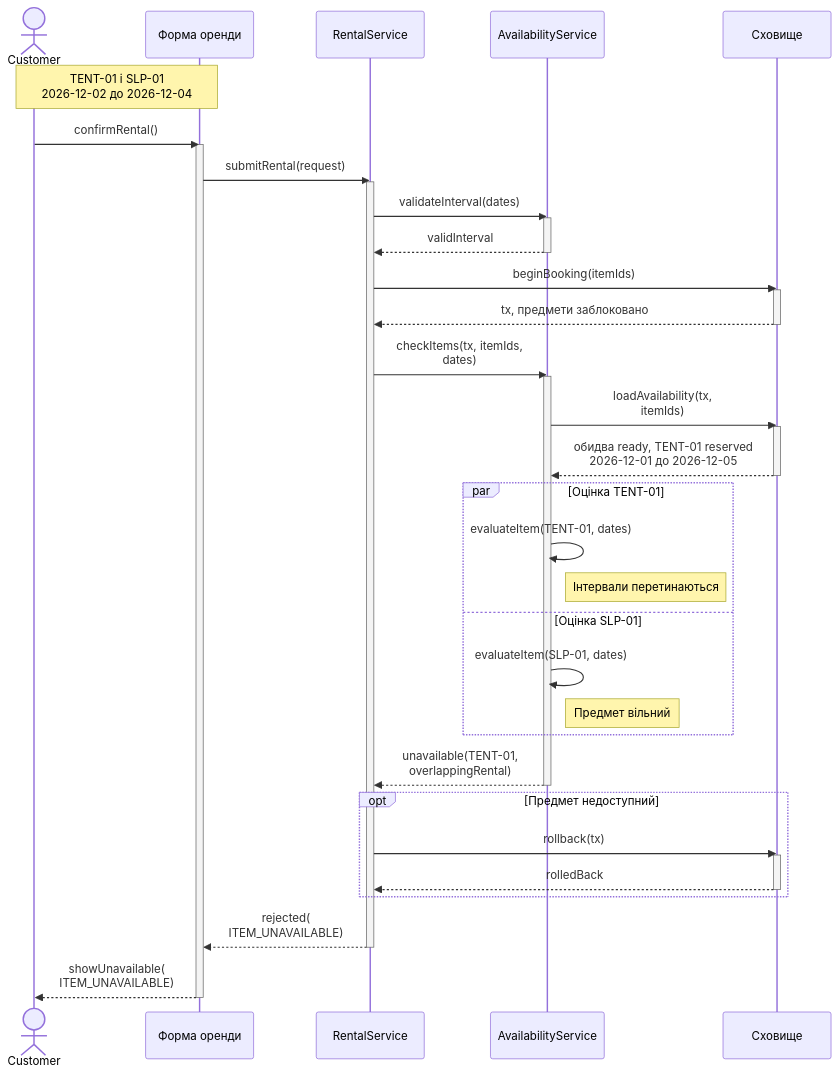
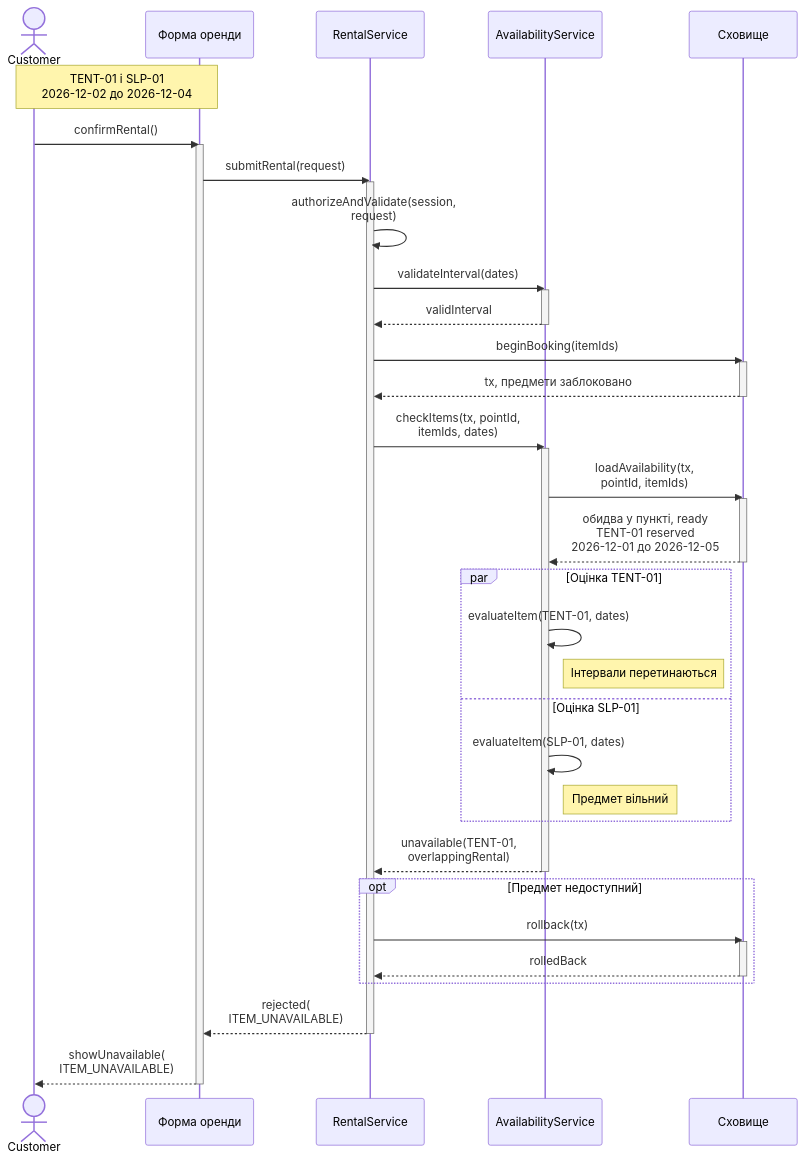
Before and after one commit to kirgafan/KPI_labs: the sixth of 6 diagrams in Labs/lab-3/model.md, drawn with Mermaid. The commit also changed other lines of this file and 3 other files, not shown here.

First line of the commit message:
fix(lab-3): validate booking ownership, items and agreed rates

````diff
--- a/Labs/lab-3/model.md
+++ b/Labs/lab-3/model.md
@@ -240,46 +273,47 @@
 ```mermaid
 sequenceDiagram
     actor C as Customer
     participant U as Форма оренди
     participant R as RentalService
     participant A as AvailabilityService
     participant S as Сховище
     Note over C,U: TENT-01 і SLP-01<br/>2026-12-02 до 2026-12-04
     C->>U: confirmRental()
     activate U
     U->>R: submitRental(request)
     activate R
+    R->>R: authorizeAndValidate(session,<br/>request)
     R->>A: validateInterval(dates)
     activate A
     A-->>R: validInterval
     deactivate A
     R->>S: beginBooking(itemIds)
     activate S
     S-->>R: tx, предмети заблоковано
     deactivate S
-    R->>A: checkItems(tx, itemIds,<br/>dates)
+    R->>A: checkItems(tx, pointId,<br/>itemIds, dates)
     activate A
-    A->>S: loadAvailability(tx,<br/>itemIds)
+    A->>S: loadAvailability(tx,<br/>pointId, itemIds)
     activate S
-    S-->>A: обидва ready, TENT-01 reserved<br/>2026-12-01 до 2026-12-05
+    S-->>A: обидва у пункті, ready<br/>TENT-01 reserved<br/>2026-12-01 до 2026-12-05
     deactivate S
     par Оцінка TENT-01
         A->>A: evaluateItem(TENT-01, dates)
         Note right of A: Інтервали перетинаються
     and Оцінка SLP-01
         A->>A: evaluateItem(SLP-01, dates)
         Note right of A: Предмет вільний
     end
     A-->>R: unavailable(TENT-01,<br/>overlappingRental)
     deactivate A
     opt Предмет недоступний
         R->>S: rollback(tx)
         activate S
         S-->>R: rolledBack
         deactivate S
     end
     R-->>U: rejected(<br/>ITEM_UNAVAILABLE)
     deactivate R
     U-->>C: showUnavailable(<br/>ITEM_UNAVAILABLE)
     deactivate U
 ```
````
